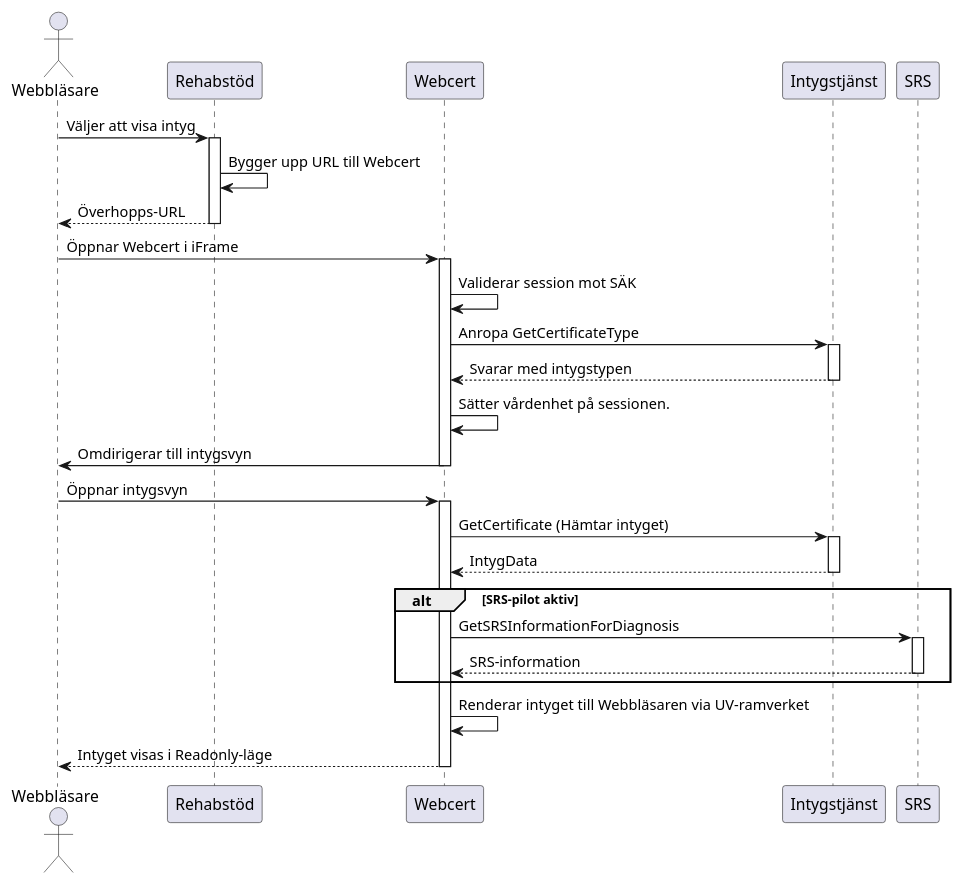
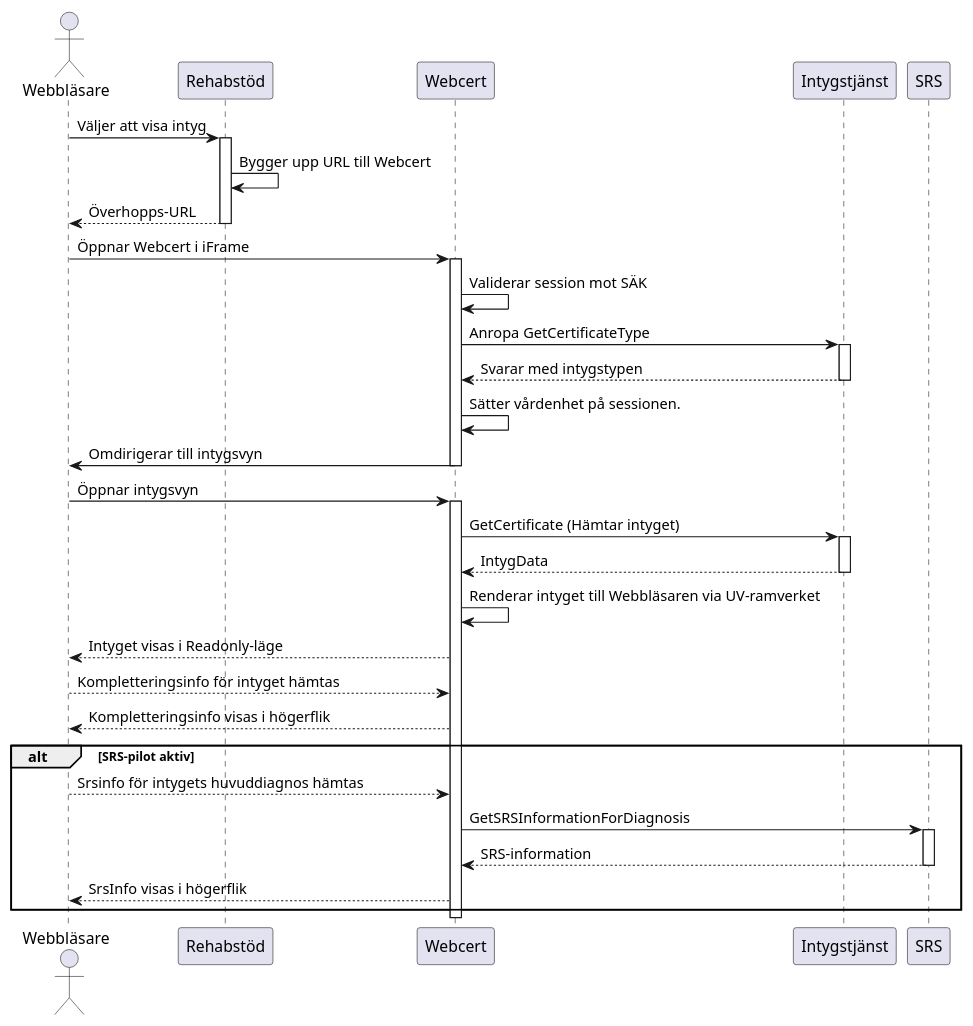
The diagram in docs/plantuml/visa-intyg.puml (sklintyg/rehabstod), drawn with PlantUML before and after one commit. The commit also changed 6 other files, not shown here.

Commit message:
INTYGFV-11769: Uppdaterat plantuml diagram som används i SAD

```diff
--- a/docs/plantuml/visa-intyg.puml
+++ b/docs/plantuml/visa-intyg.puml
@@ -1,40 +1,44 @@
 @startuml
 actor Webbläsare
 participant Rehabstöd
 participant Webcert
 participant Intygstjänst
 participant SRS
 
 
     Webbläsare -> Rehabstöd: Väljer att visa intyg
 activate Rehabstöd
     Rehabstöd -> Rehabstöd: Bygger upp URL till Webcert
     Rehabstöd --> Webbläsare: Överhopps-URL
 deactivate Rehabstöd
 
 Webbläsare -> Webcert: Öppnar Webcert i iFrame
 activate Webcert
     Webcert -> Webcert: Validerar session mot SÄK
     Webcert -> Intygstjänst: Anropa GetCertificateType
     activate Intygstjänst
     Intygstjänst --> Webcert: Svarar med intygstypen
     deactivate Intygstjänst
     Webcert -> Webcert: Sätter vårdenhet på sessionen.
     Webcert -> Webbläsare: Omdirigerar till intygsvyn
     deactivate Webcert
     Webbläsare -> Webcert: Öppnar intygsvyn
     activate Webcert
     Webcert -> Intygstjänst: GetCertificate (Hämtar intyget)
     activate Intygstjänst
     Intygstjänst --> Webcert: IntygData
     deactivate Intygstjänst
+    Webcert -> Webcert: Renderar intyget till Webbläsaren via UV-ramverket
+    Webcert --> Webbläsare: Intyget visas i Readonly-läge
+    Webbläsare --> Webcert: Kompletteringsinfo för intyget hämtas
+    Webcert --> Webbläsare: Kompletteringsinfo visas i högerflik
     alt SRS-pilot aktiv
+    Webbläsare --> Webcert: Srsinfo för intygets huvuddiagnos hämtas
         Webcert -> SRS: GetSRSInformationForDiagnosis
         activate SRS
         SRS --> Webcert: SRS-information
         deactivate SRS
+        Webcert --> Webbläsare: SrsInfo visas i högerflik
     end
-    Webcert -> Webcert: Renderar intyget till Webbläsaren via UV-ramverket
-    Webcert --> Webbläsare: Intyget visas i Readonly-läge
     deactivate Webcert
 @enduml
```
